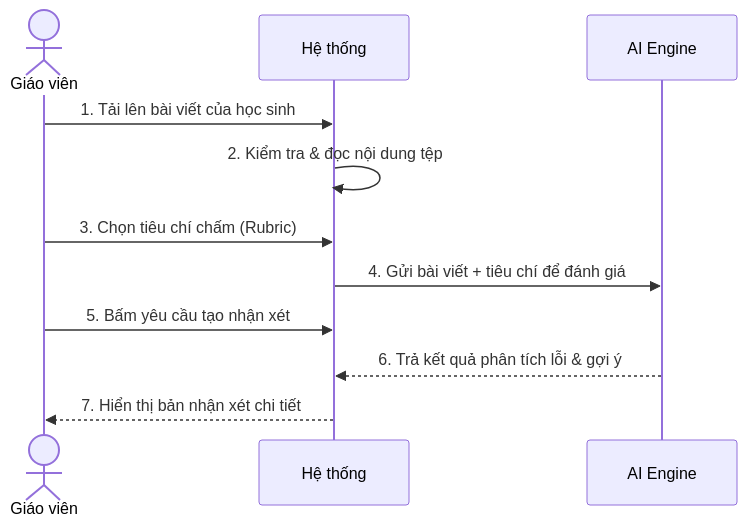
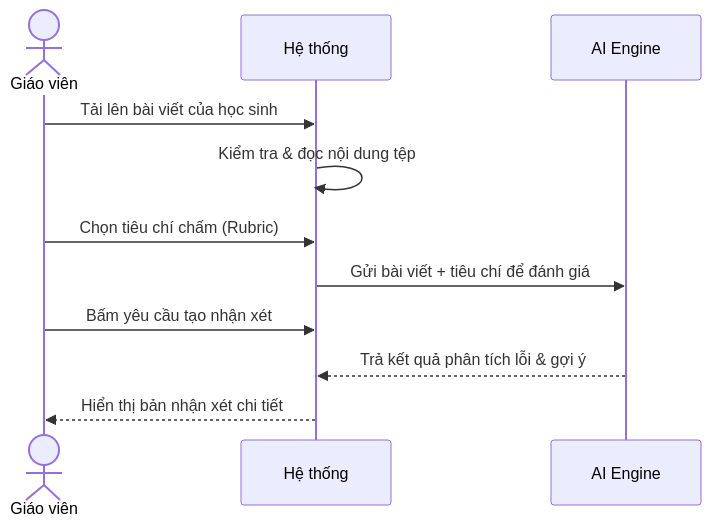
The second of 4 diagrams in docs/nhom_2_assessment_feedback.md (Cong-ty-TNNH-Q-Tech/Q-School), drawn with Mermaid before and after one commit. The commit also changed other lines of this file and 5 other files, not shown here.

Commit message:
docs: refine sequence diagrams logical flow and remove step numbers

````diff
--- a/docs/nhom_2_assessment_feedback.md
+++ b/docs/nhom_2_assessment_feedback.md
@@ -54,14 +54,14 @@
 ```mermaid
 sequenceDiagram
     actor GV as Giáo viên
     participant HT as Hệ thống
     participant AI as AI Engine
 
-    GV->>HT: 1. Tải lên bài viết của học sinh
-    HT->>HT: 2. Kiểm tra & đọc nội dung tệp
-    GV->>HT: 3. Chọn tiêu chí chấm (Rubric)
-    HT->>AI: 4. Gửi bài viết + tiêu chí để đánh giá
-    GV->>HT: 5. Bấm yêu cầu tạo nhận xét
-    AI-->>HT: 6. Trả kết quả phân tích lỗi & gợi ý
-    HT-->>GV: 7. Hiển thị bản nhận xét chi tiết
+    GV->>HT: Tải lên bài viết của học sinh
+    HT->>HT: Kiểm tra & đọc nội dung tệp
+    GV->>HT: Chọn tiêu chí chấm (Rubric)
+    HT->>AI: Gửi bài viết + tiêu chí để đánh giá
+    GV->>HT: Bấm yêu cầu tạo nhận xét
+    AI-->>HT: Trả kết quả phân tích lỗi & gợi ý
+    HT-->>GV: Hiển thị bản nhận xét chi tiết
 ```
````
